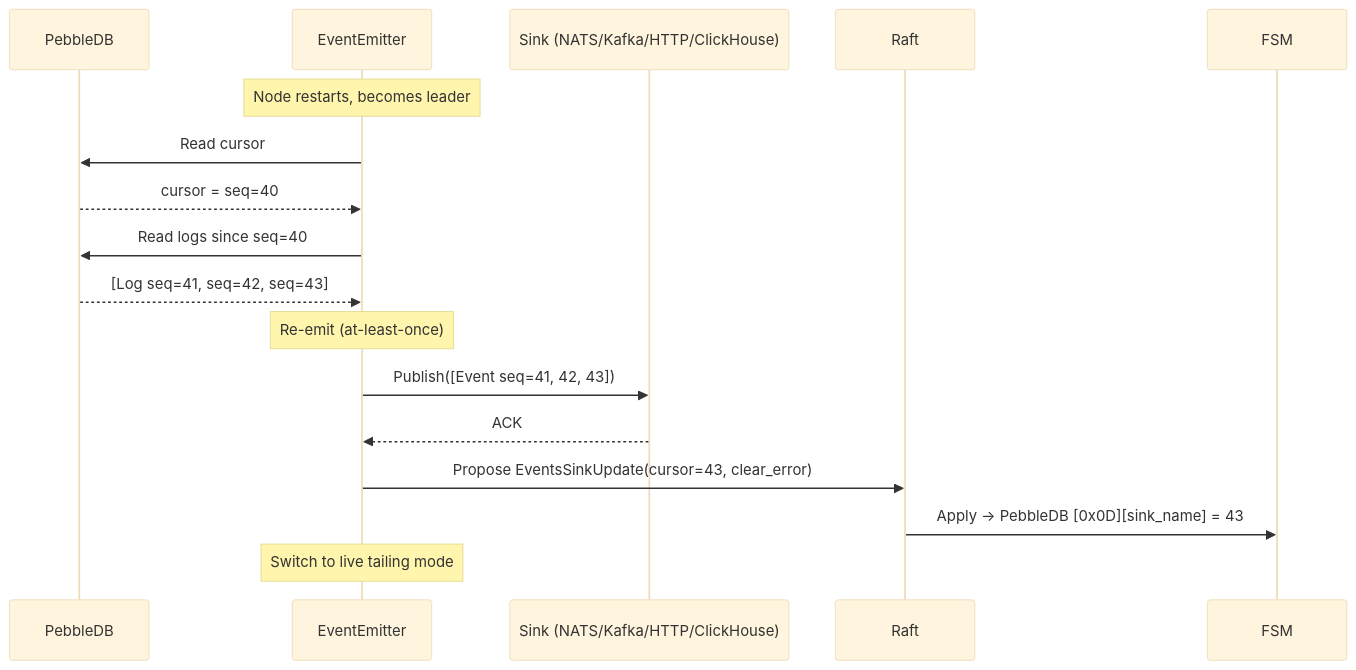
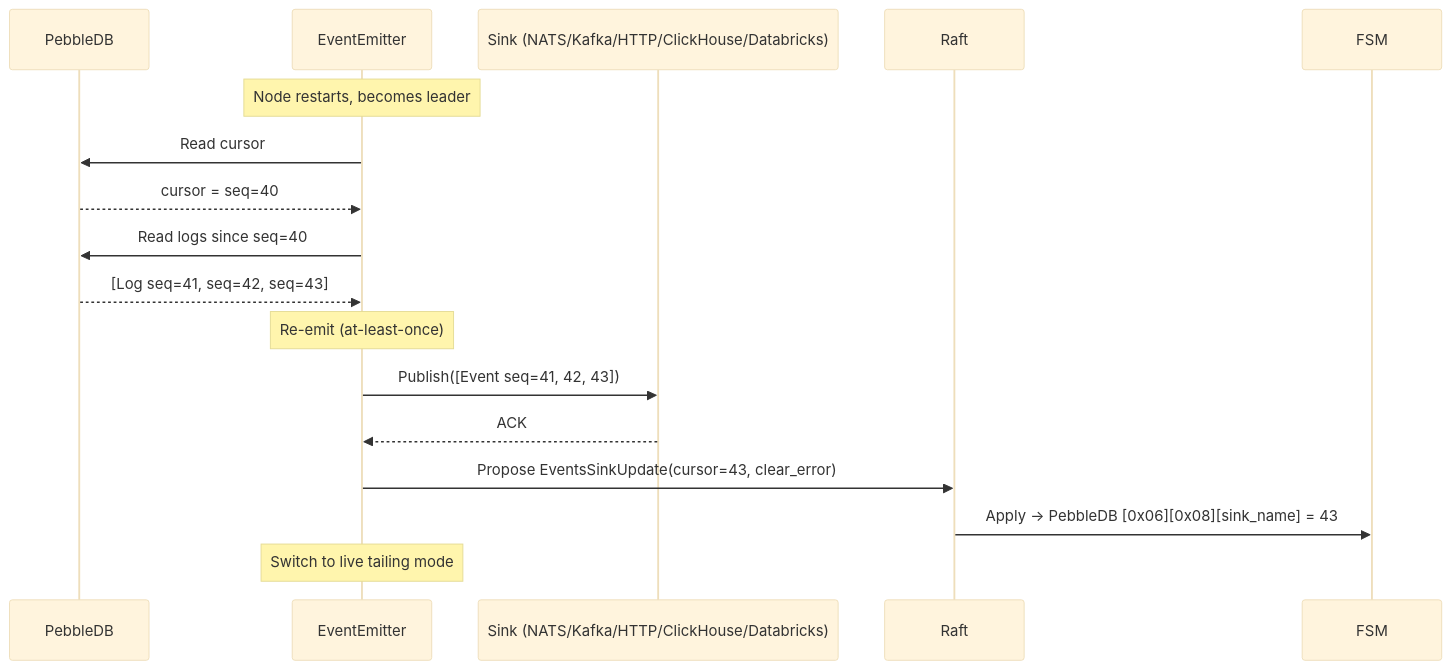
The second of 2 diagrams in docs/dev/architecture/events.md (formancehq/ledger), drawn with Mermaid (base theme) before and after one commit. The commit also changed other lines of this file and 25 other files, not shown here.

````diff
--- a/docs/dev/architecture/events.md
+++ b/docs/dev/architecture/events.md
@@ -523,21 +528,21 @@
 ```mermaid
 sequenceDiagram
     participant PebbleDB
     participant Emitter as EventEmitter
-    participant Sink as Sink (NATS/Kafka/HTTP/ClickHouse)
+    participant Sink as Sink (NATS/Kafka/HTTP/ClickHouse/Databricks)
 
     Note over Emitter: Node restarts, becomes leader
     Emitter->>PebbleDB: Read cursor
     PebbleDB-->>Emitter: cursor = seq=40
 
     Emitter->>PebbleDB: Read logs since seq=40
     PebbleDB-->>Emitter: [Log seq=41, seq=42, seq=43]
 
     Note over Emitter: Re-emit (at-least-once)
     Emitter->>Sink: Publish([Event seq=41, 42, 43])
     Sink-->>Emitter: ACK
     Emitter->>Raft: Propose EventsSinkUpdate(cursor=43, clear_error)
-    Raft->>FSM: Apply → PebbleDB [0x0D][sink_name] = 43
+    Raft->>FSM: Apply → PebbleDB [0x06][0x08][sink_name] = 43
 
     Note over Emitter: Switch to live tailing mode
 ```
````
